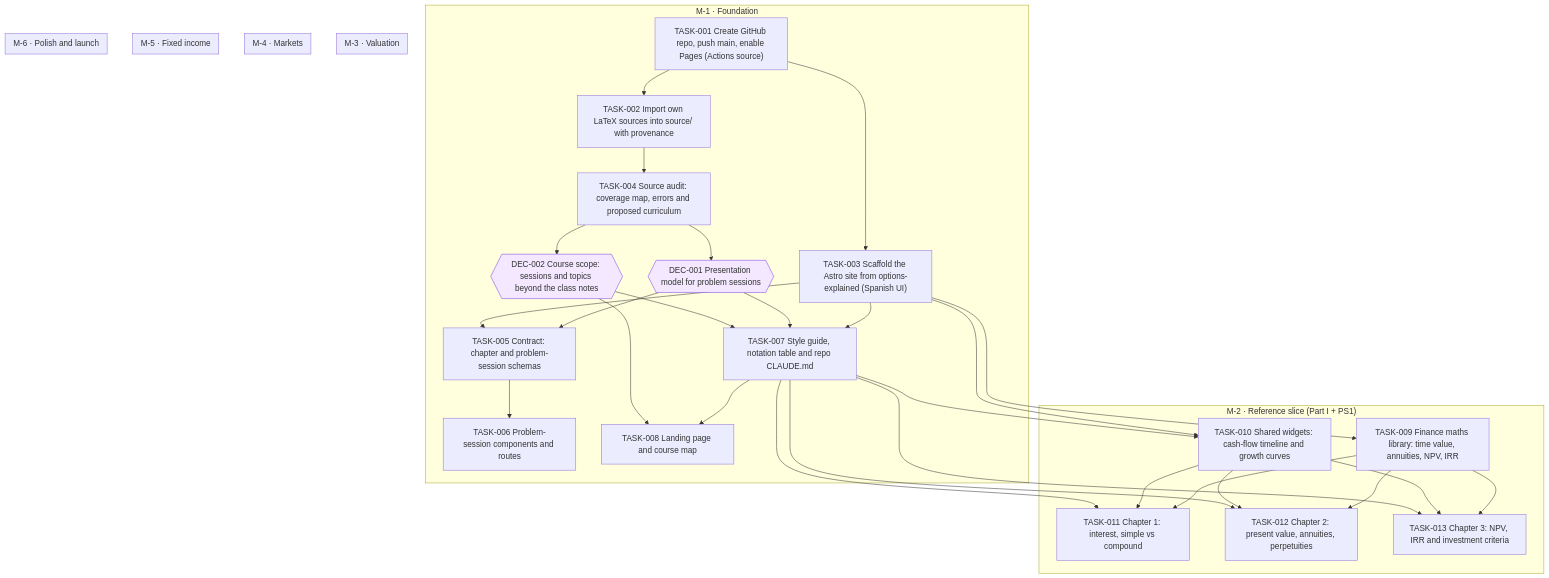
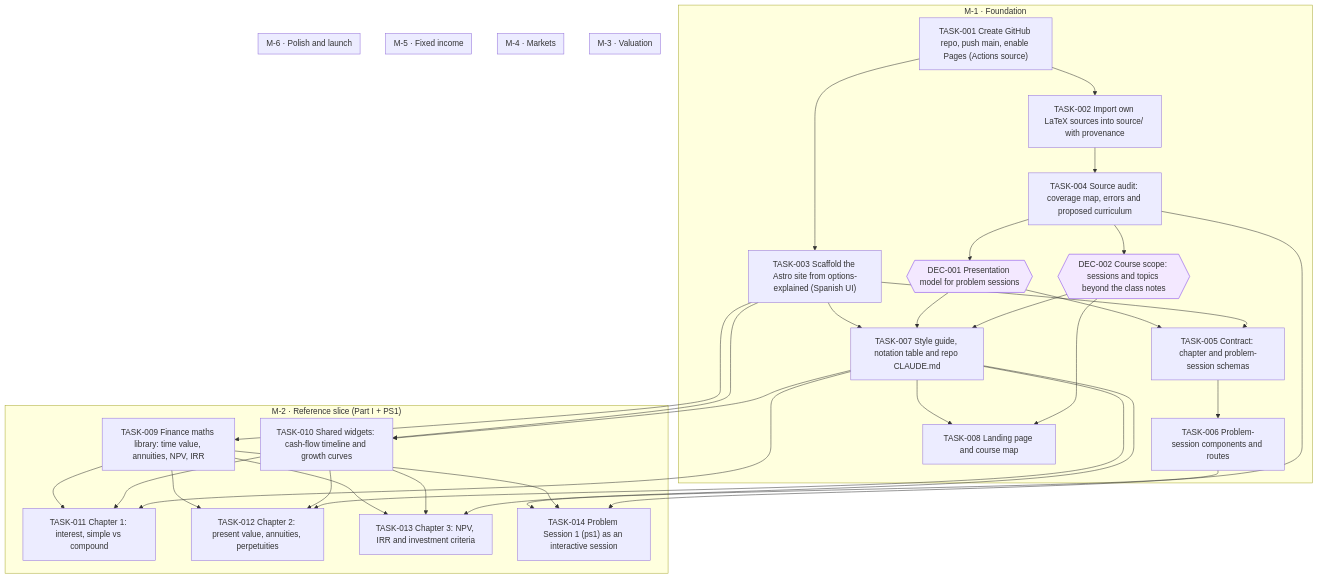
Before and after one commit to jesusvillota/economia-financiera: the diagram in goals/course-site/README.md, drawn with Mermaid. The commit also changed 1 other file, not shown here.

Commit message:
goal(course-site): add TASK-014 Problem Session 1 (ps1) as an interactive session

````diff
--- a/goals/course-site/README.md
+++ b/goals/course-site/README.md
@@ -19,60 +19,64 @@
 ```mermaid
 flowchart TD
   subgraph M_1["M-1 · Foundation"]
     DEC_001{{"DEC-001 Presentation model for problem sessions"}}
     DEC_002{{"DEC-002 Course scope: sessions and topics beyond the class notes"}}
     TASK_001["TASK-001 Create GitHub repo, push main, enable Pages (Actions source)"]
     TASK_002["TASK-002 Import own LaTeX sources into source/ with provenance"]
     TASK_003["TASK-003 Scaffold the Astro site from options-explained (Spanish UI)"]
     TASK_004["TASK-004 Source audit: coverage map, errors and proposed curriculum"]
     TASK_005["TASK-005 Contract: chapter and problem-session schemas"]
     TASK_006["TASK-006 Problem-session components and routes"]
     TASK_007["TASK-007 Style guide, notation table and repo CLAUDE.md"]
     TASK_008["TASK-008 Landing page and course map"]
   end
   subgraph M_2["M-2 · Reference slice (Part I + PS1)"]
     TASK_009["TASK-009 Finance maths library: time value, annuities, NPV, IRR"]
     TASK_010["TASK-010 Shared widgets: cash-flow timeline and growth curves"]
     TASK_011["TASK-011 Chapter 1: interest, simple vs compound"]
     TASK_012["TASK-012 Chapter 2: present value, annuities, perpetuities"]
     TASK_013["TASK-013 Chapter 3: NPV, IRR and investment criteria"]
+    TASK_014["TASK-014 Problem Session 1 (ps1) as an interactive session"]
   end
   subgraph M_3["M-3 · Valuation"]
   end
   subgraph M_4["M-4 · Markets"]
   end
   subgraph M_5["M-5 · Fixed income"]
   end
   subgraph M_6["M-6 · Polish and launch"]
   end
   TASK_004 --> DEC_001
   TASK_004 --> DEC_002
   TASK_001 --> TASK_002
   TASK_001 --> TASK_003
   TASK_002 --> TASK_004
   DEC_001 --> TASK_005
   TASK_003 --> TASK_005
   TASK_005 --> TASK_006
   TASK_003 --> TASK_007
   DEC_001 --> TASK_007
   DEC_002 --> TASK_007
   TASK_007 --> TASK_008
   DEC_002 --> TASK_008
   TASK_003 --> TASK_009
   TASK_003 --> TASK_010
   TASK_007 --> TASK_010
   TASK_009 --> TASK_011
   TASK_010 --> TASK_011
   TASK_007 --> TASK_011
   TASK_009 --> TASK_012
   TASK_010 --> TASK_012
   TASK_007 --> TASK_012
   TASK_009 --> TASK_013
   TASK_010 --> TASK_013
   TASK_007 --> TASK_013
+  TASK_006 --> TASK_014
+  TASK_009 --> TASK_014
+  TASK_004 --> TASK_014
   classDef draft stroke-dasharray: 4 3
   classDef cancelled opacity:0.45
   classDef decision fill:#f3e8ff,stroke:#7c3aed
   class DEC_001 decision
   class DEC_002 decision
 ```
````
